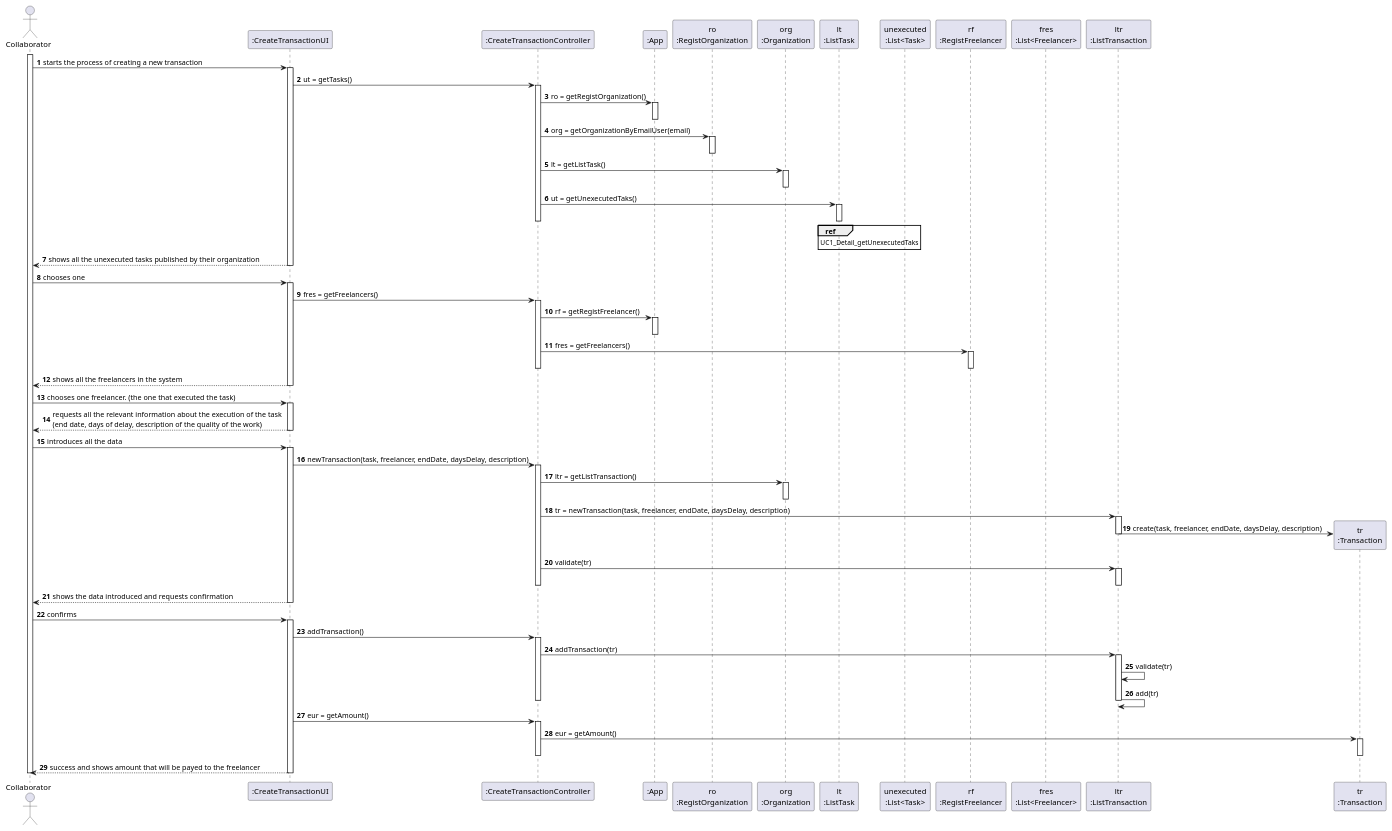
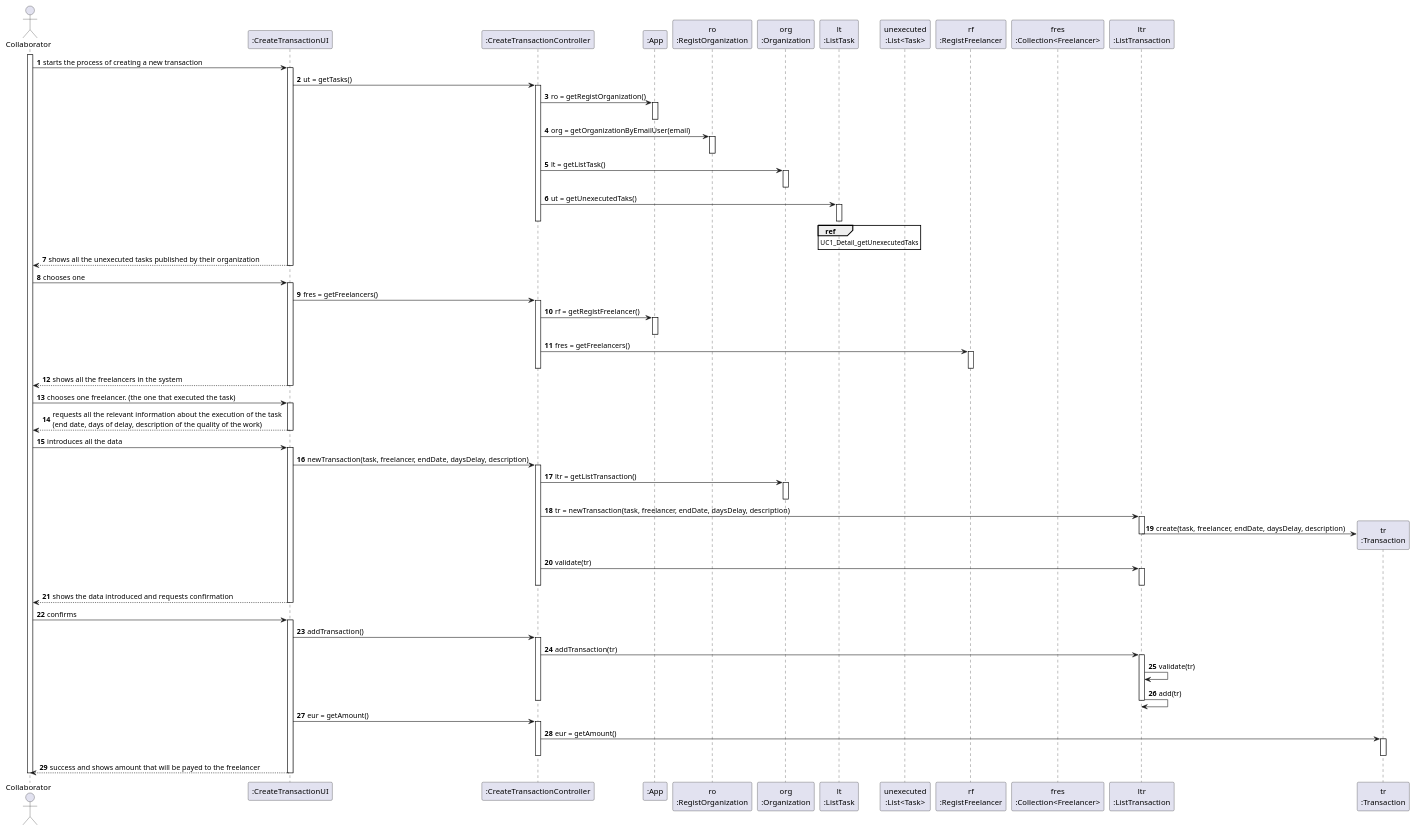
Before and after one commit to botelho-io/lapr2-2020-g029: the diagram in docs/UC_01/SD.puml, drawn with PlantUML. The commit also changed 36 other files, not shown here.

```diff
--- a/docs/UC_01/SD.puml
+++ b/docs/UC_01/SD.puml
@@ -1,107 +1,107 @@
 @startuml SD
 autonumber
 
 actor "Collaborator" as col
 participant ":CreateTransactionUI" as ui
 participant ":CreateTransactionController" as cnt
 participant ":App" as app
 participant "ro\n:RegistOrganization" as ro
 participant "org\n:Organization" as org
 participant "lt\n:ListTask" as lt
 participant "unexecuted\n:List<Task>" as ut
 participant "rf\n:RegistFreelancer" as rf
-participant "fres\n:List<Freelancer>" as fres
+participant "fres\n:Collection<Freelancer>" as fres
 participant "ltr\n:ListTransaction" as ltr
 participant "tr\n:Transaction" as tr
 
 
 
 'The collaborator starts the process of creating a new transaction.
 'The system shows all the unexecuted tasks published by their organization.
 'The collaborator chooses one.
 'The system shows all the freelancers in the system.
 'The collaborator chooses one freelancer. (the one that executed the task)
 'The system requests all the relevant information about the execution of the task (end date, days of delay, description of the quality of the work)
 'The collaborator introduces all the data.
 'The systems shows the data introduced and requests confirmation.
 'The collaborator confirms.
 'The system validates and stores the data and informs the collaborator of the success of the operation and the amount that will be payed to the freelancer.
 
 
 
 activate col
         col -> ui :  starts the process of creating a new transaction
         activate ui
                 ui -> cnt : ut = getTasks()
                 activate cnt
                         cnt -> app : ro = getRegistOrganization()
                         activate app
                         deactivate app
                         cnt -> ro : org = getOrganizationByEmailUser(email)
                         activate ro
                         deactivate ro
                         cnt -> org : lt = getListTask()
                         activate org
                         deactivate org
                         cnt -> lt : ut = getUnexecutedTaks()
                         activate lt
                                 ref over lt : UC1_Detail_getUnexecutedTaks
                         deactivate lt
                 deactivate cnt
                 ui --> col :  shows all the unexecuted tasks published by their organization
         deactivate ui
         col -> ui :  chooses one
         activate ui
                 ui -> cnt : fres = getFreelancers()
                 activate cnt
                         cnt -> app : rf = getRegistFreelancer()
                         activate app
                         deactivate app
                         cnt -> rf : fres = getFreelancers()
                         activate rf
                         deactivate rf
                 deactivate cnt
                 ui --> col :  shows all the freelancers in the system
         deactivate ui
         col -> ui : chooses one freelancer. (the one that executed the task)
         activate ui
                 ui --> col :  requests all the relevant information about the execution of the task \n(end date, days of delay, description of the quality of the work)
         deactivate ui
         col -> ui :  introduces all the data
         activate ui
                 ui -> cnt : newTransaction(task, freelancer, endDate, daysDelay, description)
                 activate cnt
                         cnt -> org : ltr = getListTransaction()
                         activate org
                         deactivate org
                         cnt -> ltr : tr = newTransaction(task, freelancer, endDate, daysDelay, description)
                         activate ltr
                                 ltr -> tr ** : create(task, freelancer, endDate, daysDelay, description)
                         deactivate ltr
                         cnt -> ltr : validate(tr)
                         activate ltr
                         deactivate ltr
                 deactivate cnt
                 ui --> col : shows the data introduced and requests confirmation
         deactivate ui
          col -> ui :  confirms
         activate ui
                 ui -> cnt : addTransaction()
                 activate cnt
                         cnt -> ltr : addTransaction(tr)
                         activate ltr
                                 ltr -> ltr : validate(tr)
                                 ltr -> ltr : add(tr)
                         deactivate ltr
                 deactivate cnt
                  ui -> cnt : eur = getAmount()
                 activate cnt
                         cnt -> tr : eur = getAmount()
                         activate tr
                         deactivate tr
                 deactivate cnt
                 ui --> col :  success and shows amount that will be payed to the freelancer
         deactivate ui
 deactivate col
 
 @enduml
```
